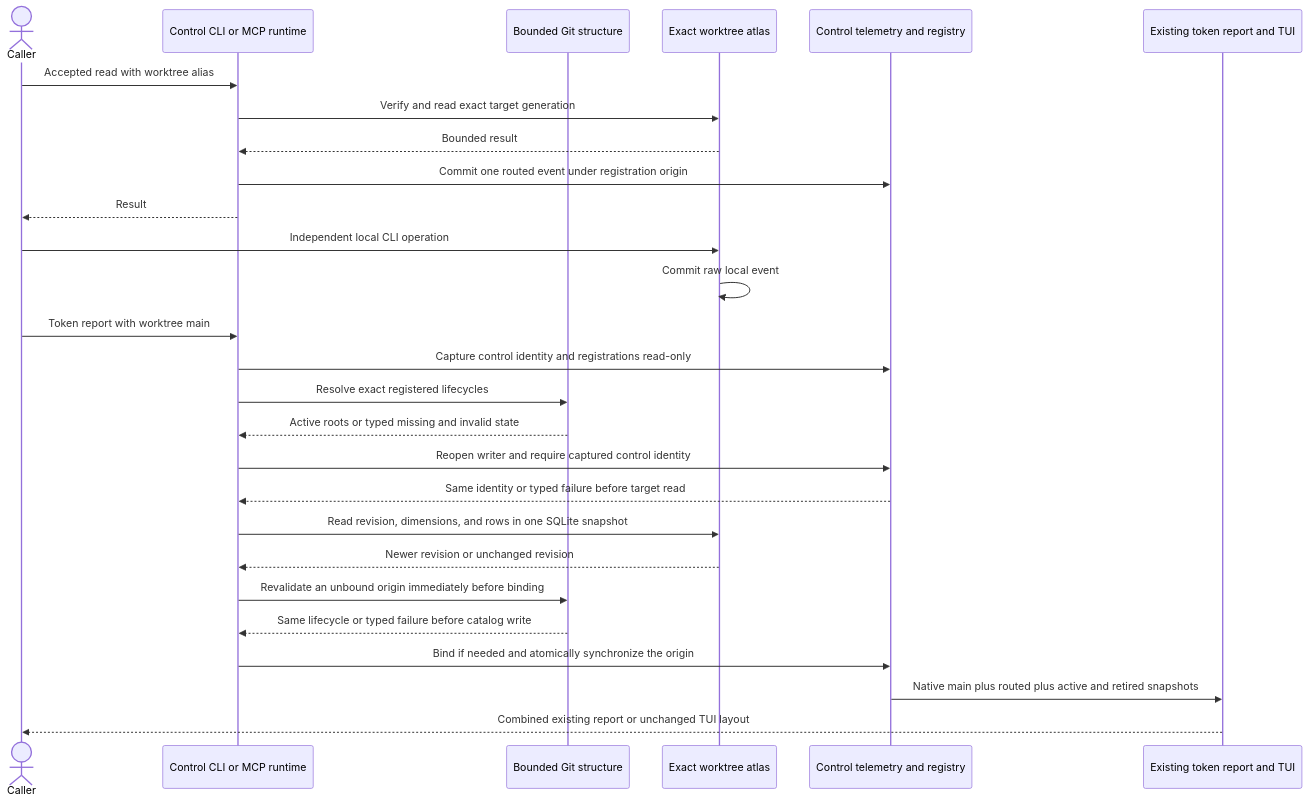
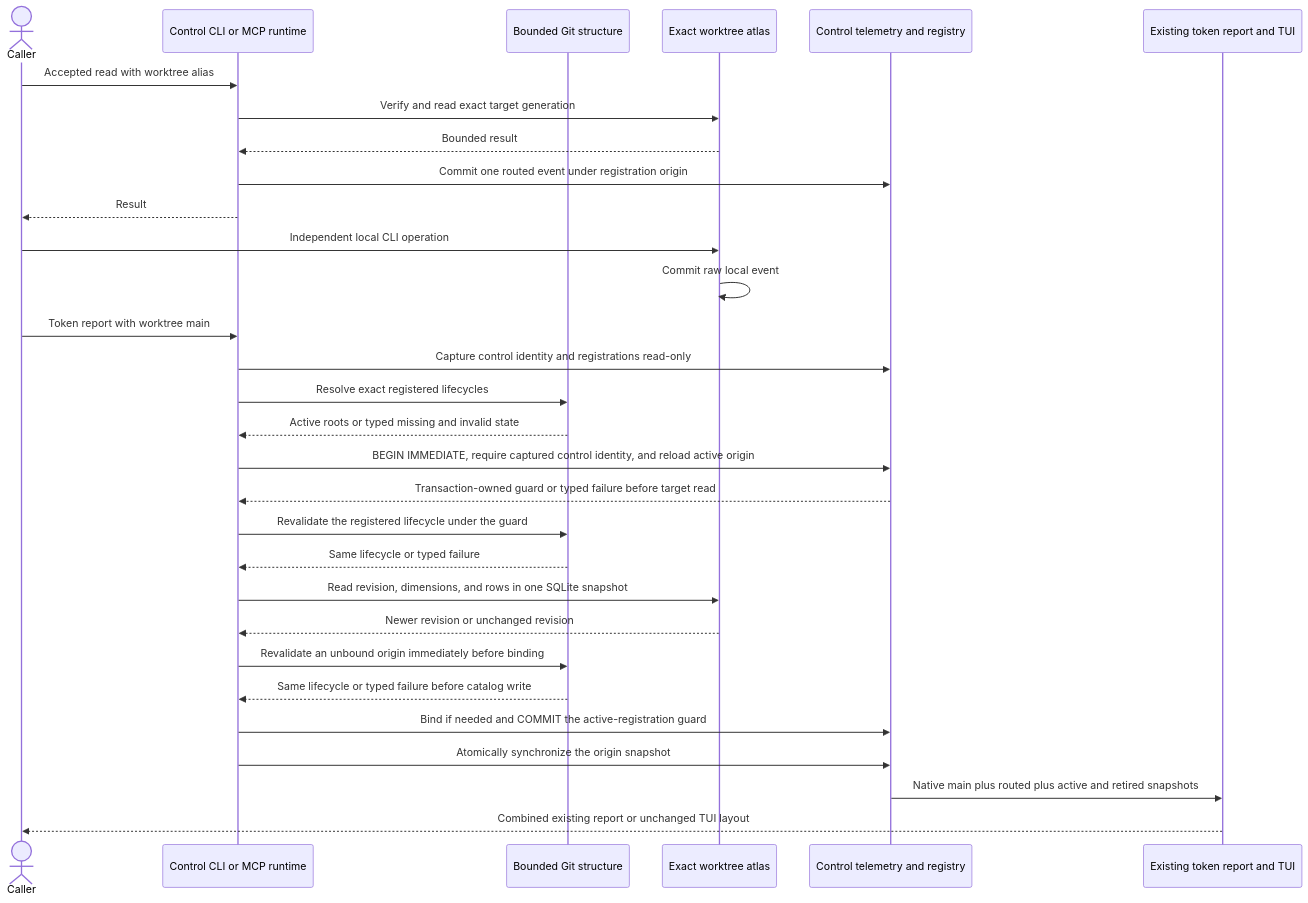
Before and after one commit to styler-ai/ProjectAtlas: diagram 32 of 33 in docs/projectatlas-3-architecture.md, drawn with Mermaid. The commit also changed other lines of this file and 10 other files, not shown here.

````diff
--- a/docs/projectatlas-3-architecture.md
+++ b/docs/projectatlas-3-architecture.md
@@ -2674,30 +2674,33 @@
 ```mermaid
 sequenceDiagram
     actor Caller
     participant Runtime as Control CLI or MCP runtime
     participant Structure as Bounded Git structure
     participant Target as Exact worktree atlas
     participant Control as Control telemetry and registry
     participant Report as Existing token report and TUI
 
     Caller->>Runtime: Accepted read with worktree alias
     Runtime->>Target: Verify and read exact target generation
     Target-->>Runtime: Bounded result
     Runtime->>Control: Commit one routed event under registration origin
     Runtime-->>Caller: Result
     Caller->>Target: Independent local CLI operation
     Target->>Target: Commit raw local event
     Caller->>Runtime: Token report with worktree main
     Runtime->>Control: Capture control identity and registrations read-only
     Runtime->>Structure: Resolve exact registered lifecycles
     Structure-->>Runtime: Active roots or typed missing and invalid state
-    Runtime->>Control: Reopen writer and require captured control identity
-    Control-->>Runtime: Same identity or typed failure before target read
+    Runtime->>Control: BEGIN IMMEDIATE, require captured control identity, and reload active origin
+    Control-->>Runtime: Transaction-owned guard or typed failure before target read
+    Runtime->>Structure: Revalidate the registered lifecycle under the guard
+    Structure-->>Runtime: Same lifecycle or typed failure
     Runtime->>Target: Read revision, dimensions, and rows in one SQLite snapshot
     Target-->>Runtime: Newer revision or unchanged revision
     Runtime->>Structure: Revalidate an unbound origin immediately before binding
     Structure-->>Runtime: Same lifecycle or typed failure before catalog write
-    Runtime->>Control: Bind if needed and atomically synchronize the origin
+    Runtime->>Control: Bind if needed and COMMIT the active-registration guard
+    Runtime->>Control: Atomically synchronize the origin snapshot
     Control->>Report: Native main plus routed plus active and retired snapshots
     Report-->>Caller: Combined existing report or unchanged TUI layout
 ```
````
